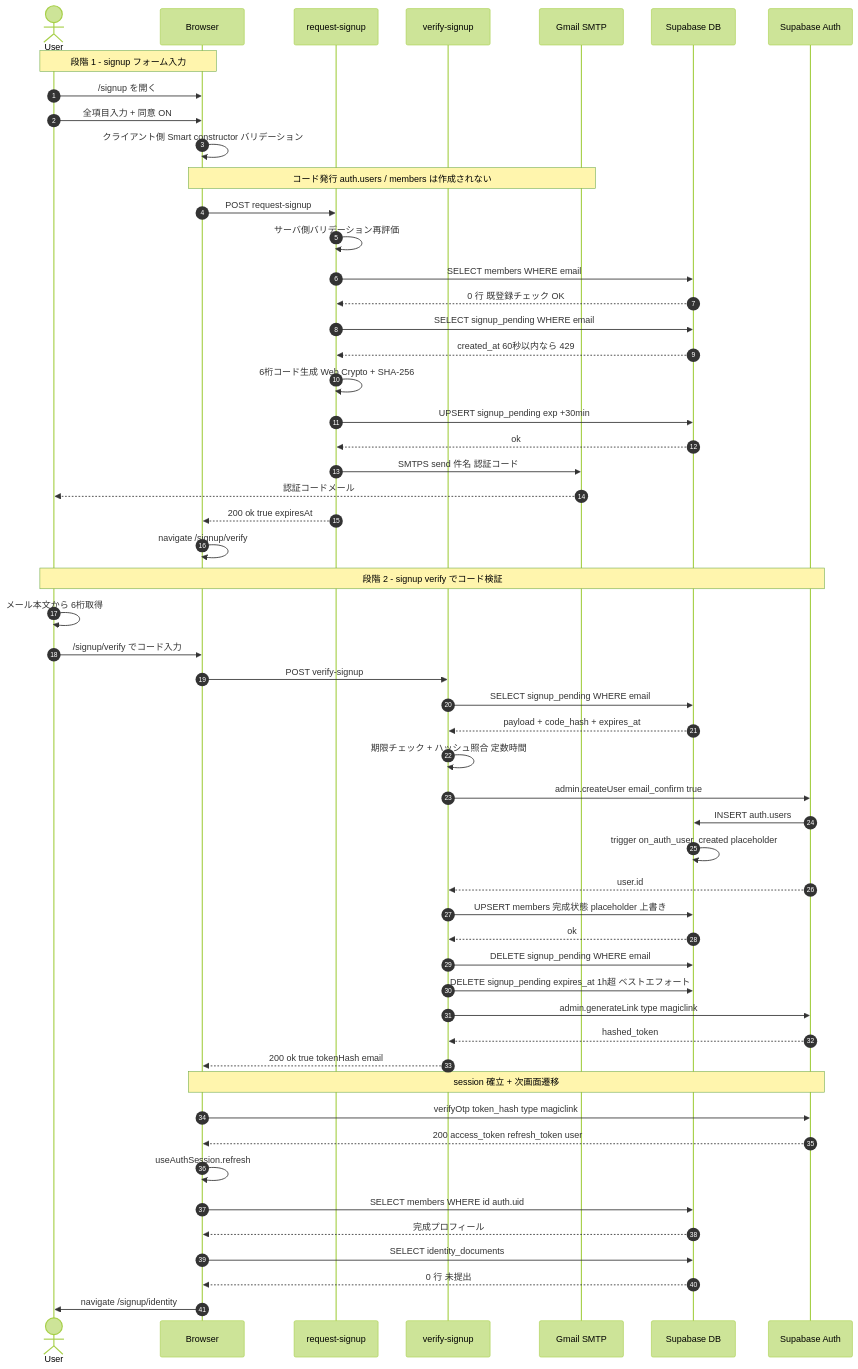
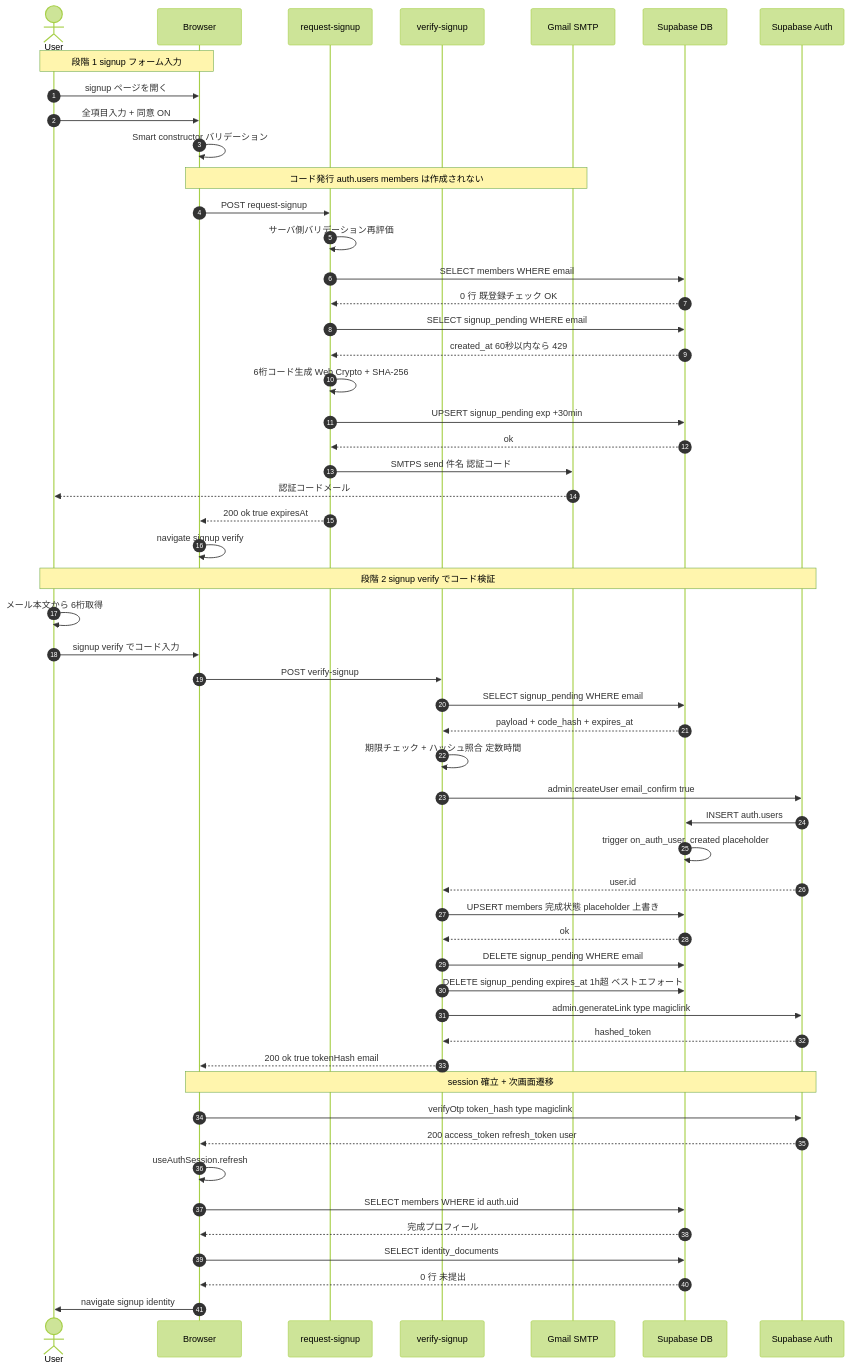
Before and after one commit to High-Q/high-q-volleyball: the second of 4 diagrams in docs/04-システム設計/02-シーケンス図/01-会員登録・ログイン.md, drawn with Mermaid (forest theme). The commit also changed other lines of this file, not shown here.

First line of the commit message:
fix(docs): Mermaid 図を v4 体系で全面書き直し

````diff
--- a/docs/04-システム設計/02-シーケンス図/01-会員登録・ログイン.md
+++ b/docs/04-システム設計/02-シーケンス図/01-会員登録・ログイン.md
@@ -93,64 +75,64 @@
 ```mermaid
 sequenceDiagram
     autonumber
     actor User
     participant Browser
     participant ReqFn as request-signup
     participant VerFn as verify-signup
     participant Mailer as Gmail SMTP
     participant DB as Supabase DB
     participant Auth as Supabase Auth
 
-    Note over User,Browser: 段階 1 - signup フォーム入力
-    User->>Browser: /signup を開く
+    Note over User,Browser: 段階 1 signup フォーム入力
+    User->>Browser: signup ページを開く
     User->>Browser: 全項目入力 + 同意 ON
-    Browser->>Browser: クライアント側 Smart constructor バリデーション
+    Browser->>Browser: Smart constructor バリデーション
 
-    Note over Browser,Mailer: コード発行 auth.users / members は作成されない
+    Note over Browser,Mailer: コード発行 auth.users members は作成されない
     Browser->>ReqFn: POST request-signup
     ReqFn->>ReqFn: サーバ側バリデーション再評価
     ReqFn->>DB: SELECT members WHERE email
     DB-->>ReqFn: 0 行 既登録チェック OK
     ReqFn->>DB: SELECT signup_pending WHERE email
     DB-->>ReqFn: created_at 60秒以内なら 429
     ReqFn->>ReqFn: 6桁コード生成 Web Crypto + SHA-256
     ReqFn->>DB: UPSERT signup_pending exp +30min
     DB-->>ReqFn: ok
     ReqFn->>Mailer: SMTPS send 件名 認証コード
     Mailer-->>User: 認証コードメール
     ReqFn-->>Browser: 200 ok true expiresAt
-    Browser->>Browser: navigate /signup/verify
+    Browser->>Browser: navigate signup verify
 
-    Note over User,Auth: 段階 2 - signup verify でコード検証
+    Note over User,Auth: 段階 2 signup verify でコード検証
     User->>User: メール本文から 6桁取得
-    User->>Browser: /signup/verify でコード入力
+    User->>Browser: signup verify でコード入力
     Browser->>VerFn: POST verify-signup
     VerFn->>DB: SELECT signup_pending WHERE email
     DB-->>VerFn: payload + code_hash + expires_at
     VerFn->>VerFn: 期限チェック + ハッシュ照合 定数時間
 
     VerFn->>Auth: admin.createUser email_confirm true
     Auth->>DB: INSERT auth.users
     DB->>DB: trigger on_auth_user_created placeholder
     Auth-->>VerFn: user.id
 
     VerFn->>DB: UPSERT members 完成状態 placeholder 上書き
     DB-->>VerFn: ok
 
     VerFn->>DB: DELETE signup_pending WHERE email
     VerFn->>DB: DELETE signup_pending expires_at 1h超 ベストエフォート
 
     VerFn->>Auth: admin.generateLink type magiclink
     Auth-->>VerFn: hashed_token
     VerFn-->>Browser: 200 ok true tokenHash email
 
     Note over Browser,Auth: session 確立 + 次画面遷移
     Browser->>Auth: verifyOtp token_hash type magiclink
     Auth-->>Browser: 200 access_token refresh_token user
     Browser->>Browser: useAuthSession.refresh
     Browser->>DB: SELECT members WHERE id auth.uid
     DB-->>Browser: 完成プロフィール
     Browser->>DB: SELECT identity_documents
     DB-->>Browser: 0 行 未提出
-    Browser->>User: navigate /signup/identity
+    Browser->>User: navigate signup identity
 ```
````
